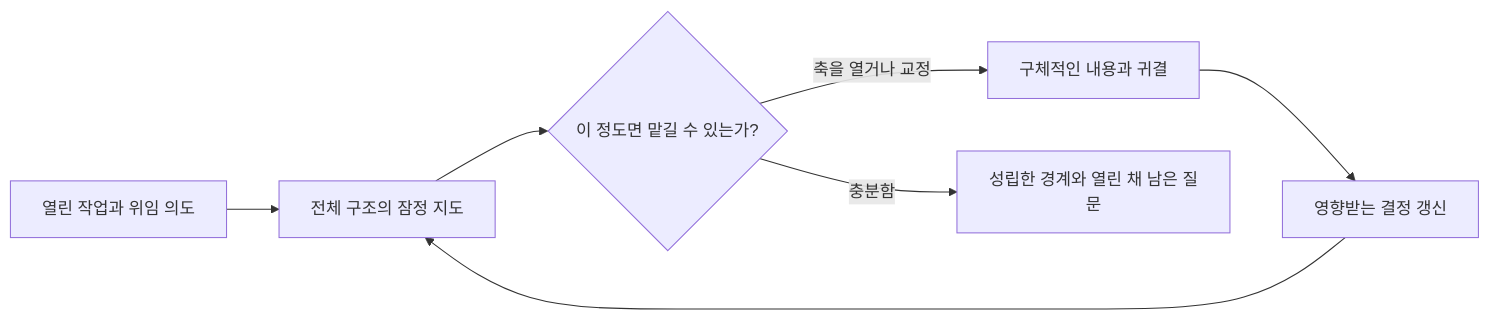
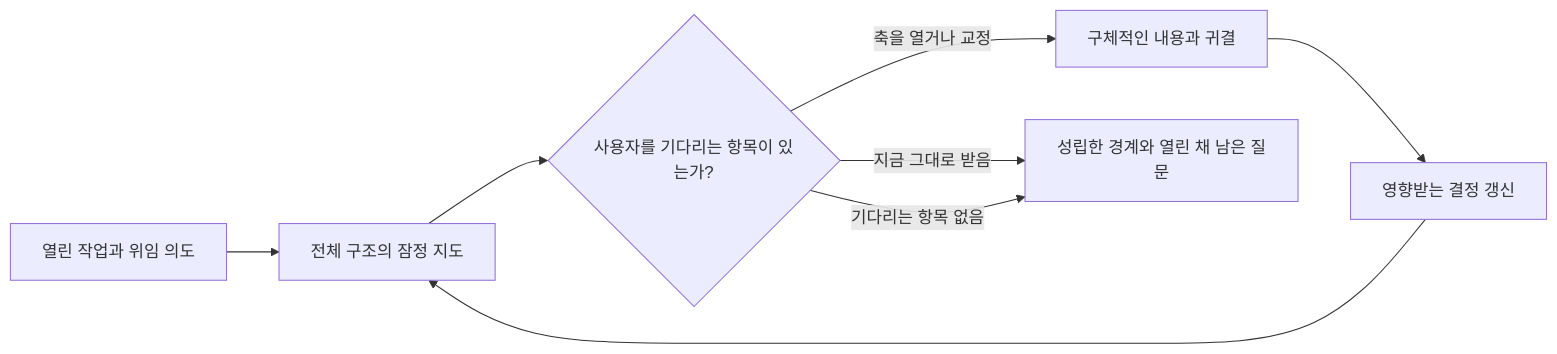
Before and after one commit to jongwony/epistemic-protocols: the diagram in horismos/README_ko.md, drawn with Mermaid. The commit also changed other lines of this file and 4 other files, not shown here.

````diff
--- a/horismos/README_ko.md
+++ b/horismos/README_ko.md
@@ -9,9 +9,10 @@
 ```mermaid
 flowchart LR
     A[열린 작업과 위임 의도] --> B[전체 구조의 잠정 지도]
-    B --> C{이 정도면 맡길 수 있는가?}
+    B --> C{사용자를 기다리는 항목이 있는가?}
     C -->|축을 열거나 교정| D[구체적인 내용과 귀결]
     D --> E[영향받는 결정 갱신]
     E --> B
-    C -->|충분함| F[성립한 경계와 열린 채 남은 질문]
+    C -->|지금 그대로 받음| F[성립한 경계와 열린 채 남은 질문]
+    C -->|기다리는 항목 없음| F
 ```
````
